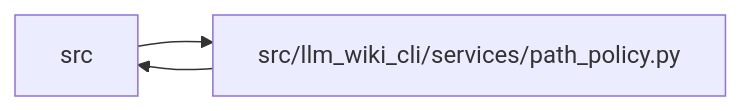
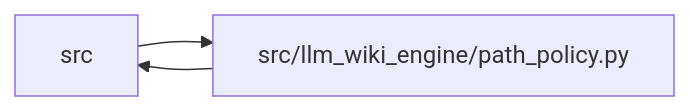
One commit to Denissvgn/python-wiki-llm changed the diagram in docs/llm_wiki/modules/path_policy.md. Above: the diagram before and after it, drawn with Mermaid. The commit also changed other lines of this file and 739 other files, not shown here.

First line of the commit message:
docs: refresh the wiki for the second engine batch

````diff
--- a/docs/llm_wiki/modules/path_policy.md
+++ b/docs/llm_wiki/modules/path_policy.md
@@ -29,8 +29,8 @@
 ```mermaid
 flowchart LR
     n0["src"]
-    n1["src/llm_wiki_cli/services/path_policy.py"]
+    n1["src/llm_wiki_engine/path_policy.py"]
     n0 --> n1
     n1 --> n0
     click n1 "../modules/path_policy.md"
 ```
````
